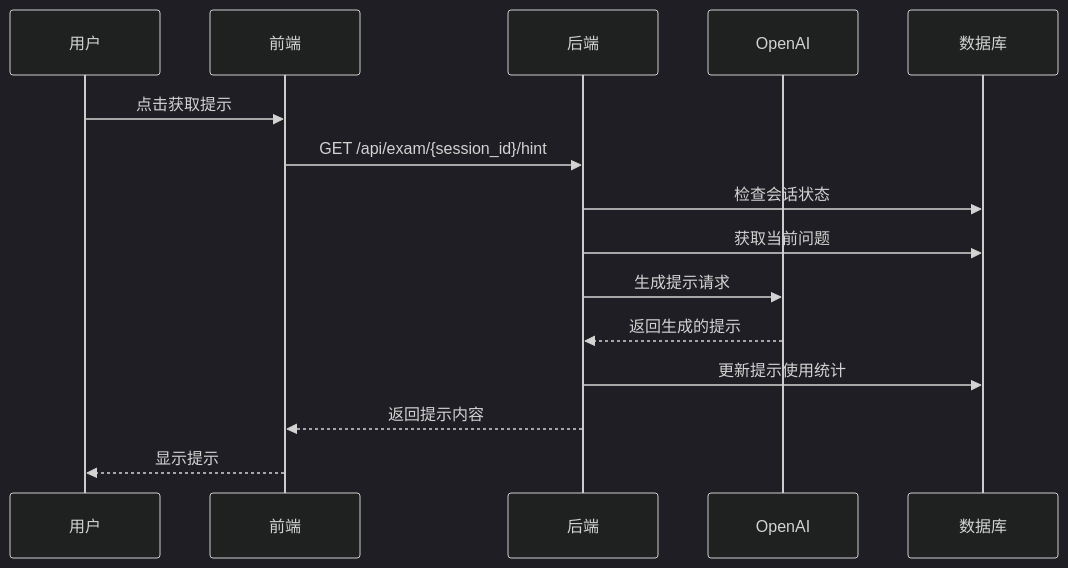
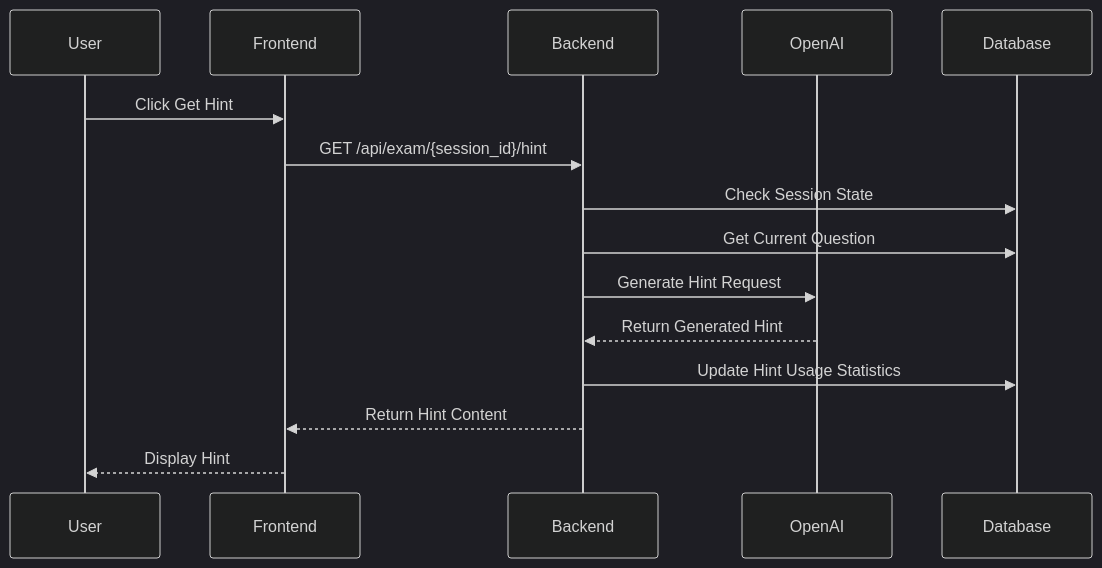
One commit to CHANHaochengZhang/chatexaminer changed the fourth of 7 diagrams in docs/api.md. Above: the diagram before and after it, drawn with Mermaid (dark theme). The commit also changed other lines of this file and 13 other files, not shown here.

````diff
--- a/docs/api.md
+++ b/docs/api.md
@@ -547,18 +547,18 @@
 ```mermaid
 sequenceDiagram
-    participant U as 用户
-    participant F as 前端
-    participant B as 后端
+    participant U as User
+    participant F as Frontend
+    participant B as Backend
     participant AI as OpenAI
-    participant DB as 数据库
+    participant DB as Database
 
-    U->>F: 点击获取提示
+    U->>F: Click Get Hint
     F->>B: GET /api/exam/{session_id}/hint
-    B->>DB: 检查会话状态
-    B->>DB: 获取当前问题
-    B->>AI: 生成提示请求
-    AI-->>B: 返回生成的提示
-    B->>DB: 更新提示使用统计
-    B-->>F: 返回提示内容
-    F-->>U: 显示提示
+    B->>DB: Check Session State
+    B->>DB: Get Current Question
+    B->>AI: Generate Hint Request
+    AI-->>B: Return Generated Hint
+    B->>DB: Update Hint Usage Statistics
+    B-->>F: Return Hint Content
+    F-->>U: Display Hint
 ```
````
